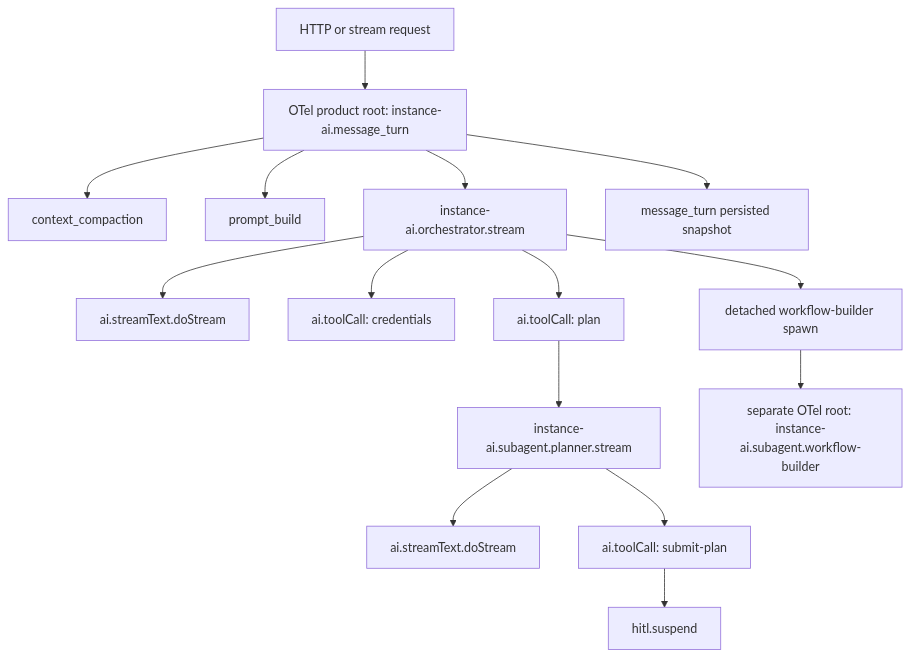
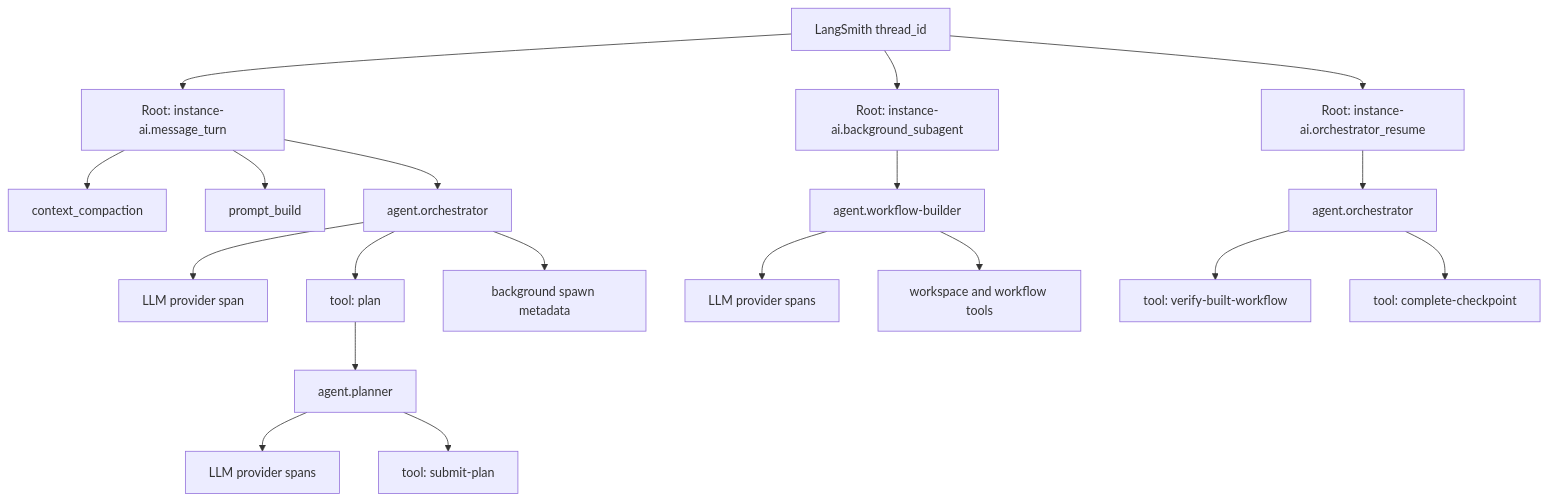
The diagram in packages/@n8n/instance-ai/TRACING_SPECS.md (mayankjain1815-commits/n8n), drawn with Mermaid before and after one commit. The commit also changed other lines of this file, not shown here.

````diff
--- a/packages/@n8n/instance-ai/TRACING_SPECS.md
+++ b/packages/@n8n/instance-ai/TRACING_SPECS.md
@@ -146,17 +106,25 @@
 ```mermaid
 flowchart TD
-	A[HTTP or stream request] --> B[OTel product root: instance-ai.message_turn]
-	B --> C[context_compaction]
-	B --> D[prompt_build]
-	B --> E[instance-ai.orchestrator.stream]
-	E --> F[ai.streamText.doStream]
-	E --> G[ai.toolCall: credentials]
-	E --> H[ai.toolCall: plan]
-	H --> I[instance-ai.subagent.planner.stream]
-	I --> J[ai.streamText.doStream]
-	I --> K[ai.toolCall: submit-plan]
-	K --> L[hitl.suspend]
-	B --> M[message_turn persisted snapshot]
-	E --> N[detached workflow-builder spawn]
-	N --> O[separate OTel root: instance-ai.subagent.workflow-builder]
+    Thread[LangSmith thread_id]
+
+    Thread --> A[Root: instance-ai.message_turn]
+    A --> A2[context_compaction]
+    A --> A3[prompt_build]
+    A --> A1[agent.orchestrator]
+    A1 --> A4[LLM provider span]
+    A1 --> A5[tool: plan]
+    A5 --> A6[agent.planner]
+    A6 --> A7[LLM provider spans]
+    A6 --> A8[tool: submit-plan]
+    A1 --> A9[background spawn metadata]
+
+    Thread --> B[Root: instance-ai.background_subagent]
+    B --> B1[agent.workflow-builder]
+    B1 --> B2[LLM provider spans]
+    B1 --> B3[workspace and workflow tools]
+
+    Thread --> C[Root: instance-ai.orchestrator_resume]
+    C --> C1[agent.orchestrator]
+    C1 --> C2[tool: verify-built-workflow]
+    C1 --> C3[tool: complete-checkpoint]
 ```
````
